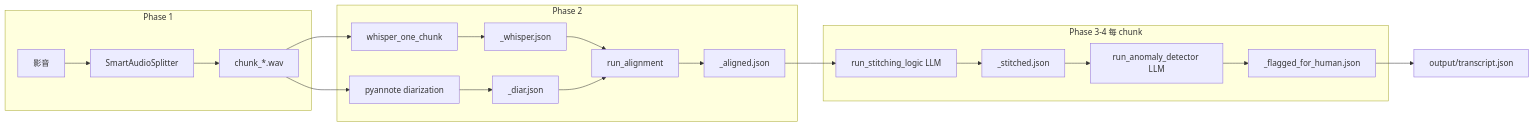
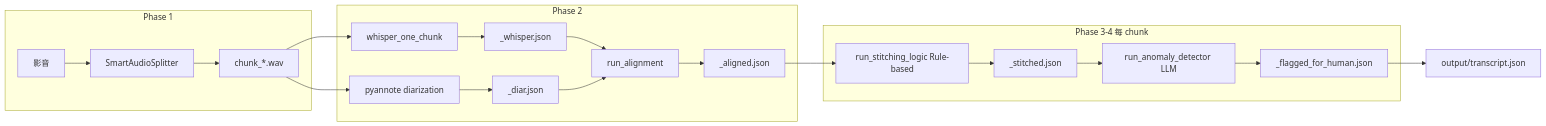
The diagram in docs/PIPELINE.md (momonong/neuroai-transcribe), drawn with Mermaid before and after one commit. The commit also changed other lines of this file and 6 other files, not shown here.

````diff
--- a/docs/PIPELINE.md
+++ b/docs/PIPELINE.md
@@ -63,23 +65,23 @@
 ```mermaid
 flowchart LR
   subgraph p1 [Phase 1]
     V[影音] --> S[SmartAudioSplitter]
     S --> Wav[chunk_*.wav]
   end
   subgraph p2 [Phase 2]
     Wav --> Wh[whisper_one_chunk]
     Wh --> WJ[_whisper.json]
     Wav --> Di[pyannote diarization]
     Di --> DJ[_diar.json]
     WJ --> Al[run_alignment]
     DJ --> Al
     Al --> AJ[_aligned.json]
   end
   subgraph p3 [Phase 3-4 每 chunk]
-    AJ --> St[run_stitching_logic LLM]
+    AJ --> St[run_stitching_logic Rule-based]
     St --> SJ[_stitched.json]
     SJ --> Fg[run_anomaly_detector LLM]
     Fg --> FJ[_flagged_for_human.json]
   end
   FJ --> Out[output/transcript.json]
 ```
````
